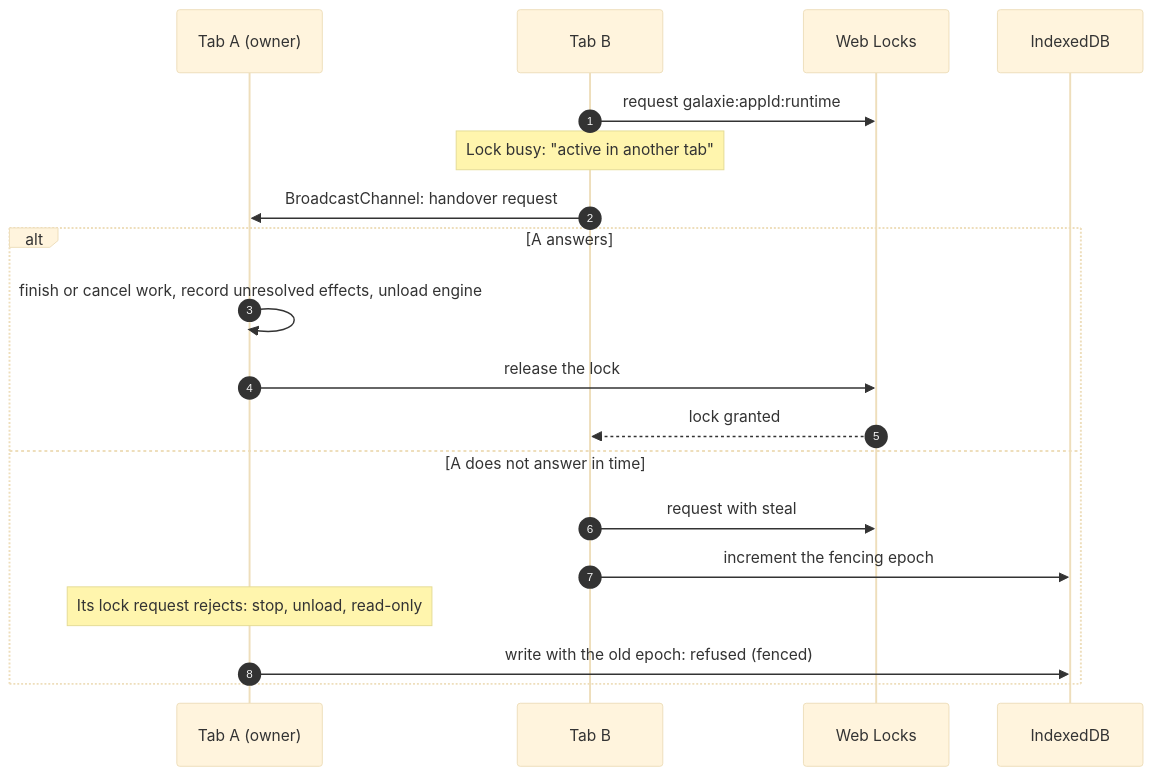
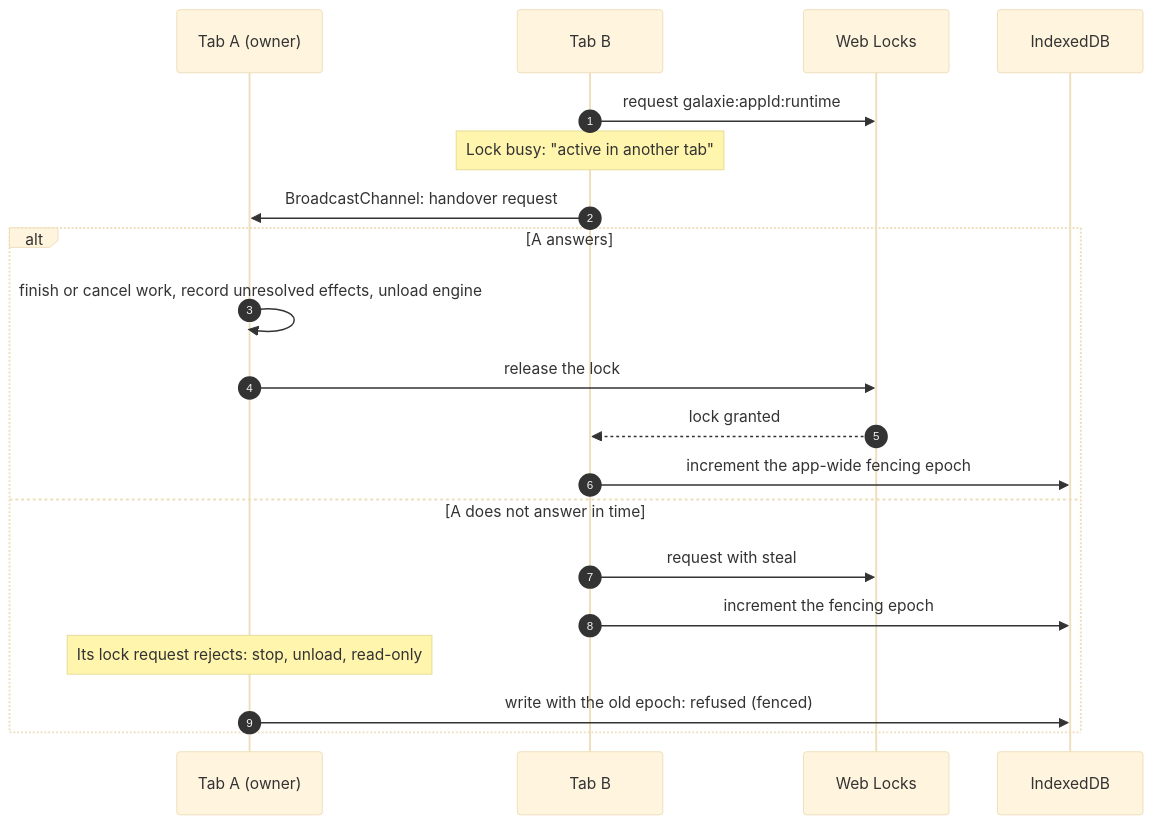
One commit to vinhnxv/galaxie changed the eighth of 8 diagrams in docs/system-design.md. Above: the diagram before and after it, drawn with Mermaid (base theme). The commit also changed other lines of this file and 3 other files, not shown here.

Commit message:
docs: describe app ownership and transaction-local fencing

````diff
--- a/docs/system-design.md
+++ b/docs/system-design.md
@@ -516,21 +526,22 @@
 ```mermaid
 sequenceDiagram
     autonumber
     participant A as Tab A (owner)
     participant B as Tab B
     participant L as Web Locks
     participant DB as IndexedDB
     B->>L: request galaxie:appId:runtime
     Note over B: Lock busy: "active in another tab"
     B->>A: BroadcastChannel: handover request
     alt A answers
         A->>A: finish or cancel work, record unresolved effects, unload engine
         A->>L: release the lock
         L-->>B: lock granted
+        B->>DB: increment the app-wide fencing epoch
     else A does not answer in time
         B->>L: request with steal
         B->>DB: increment the fencing epoch
         Note over A: Its lock request rejects: stop, unload, read-only
         A->>DB: write with the old epoch: refused (fenced)
     end
 ```
````
